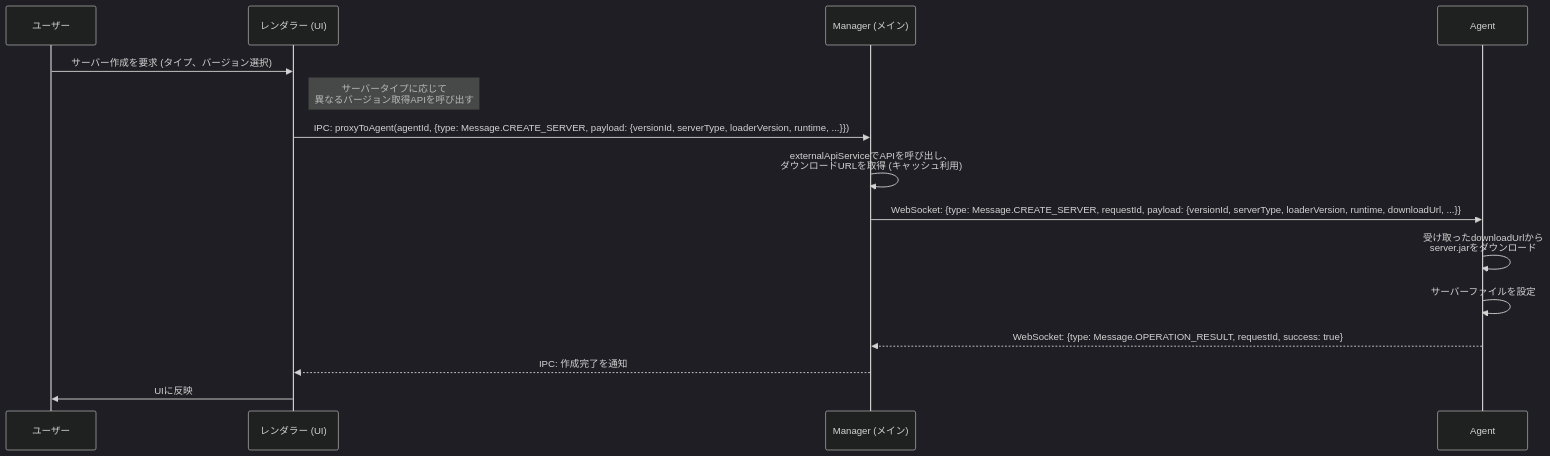
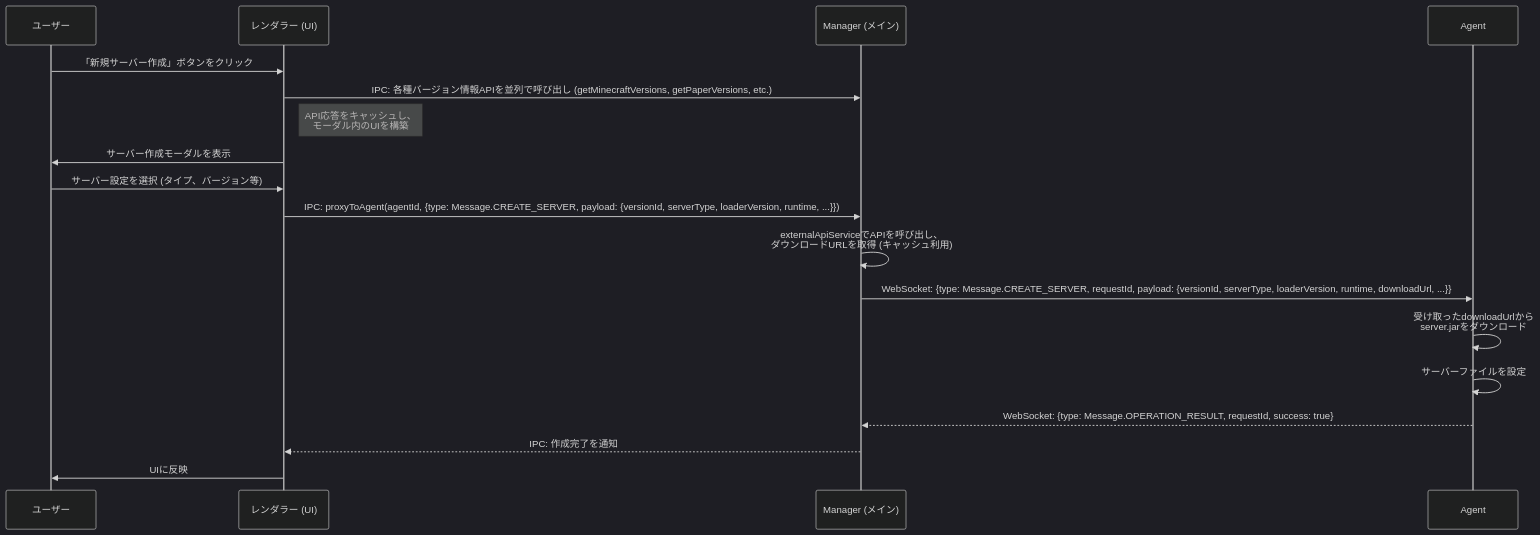
The first of 10 diagrams in markdown/docs/COMMUNICATION_FLOW.md (Nekolite-Studio/NL-ServerManager), drawn with Mermaid (dark theme) before and after one commit. The commit also changed other lines of this file and 6 other files, not shown here.

````diff
--- a/markdown/docs/COMMUNICATION_FLOW.md
+++ b/markdown/docs/COMMUNICATION_FLOW.md
@@ -26,22 +26,25 @@
 ```mermaid
 sequenceDiagram
     participant User as ユーザー
     participant Manager_UI as レンダラー (UI)
     participant Manager_Main as Manager (メイン)
     participant Agent
 
-    User->>Manager_UI: サーバー作成を要求 (タイプ、バージョン選択)
-    note right of Manager_UI: サーバータイプに応じて<br>異なるバージョン取得APIを呼び出す
+    User->>Manager_UI: 「新規サーバー作成」ボタンをクリック
+    Manager_UI->>Manager_Main: IPC: 各種バージョン情報APIを並列で呼び出し (getMinecraftVersions, getPaperVersions, etc.)
+    note right of Manager_UI: API応答をキャッシュし、<br>モーダル内のUIを構築
+    Manager_UI->>User: サーバー作成モーダルを表示
+    User->>Manager_UI: サーバー設定を選択 (タイプ、バージョン等)
     Manager_UI->>Manager_Main: IPC: proxyToAgent(agentId, {type: Message.CREATE_SERVER, payload: {versionId, serverType, loaderVersion, runtime, ...}})
     
     Manager_Main->>Manager_Main: externalApiServiceでAPIを呼び出し、<br>ダウンロードURLを取得 (キャッシュ利用)
     
     Manager_Main->>Agent: WebSocket: {type: Message.CREATE_SERVER, requestId, payload: {versionId, serverType, loaderVersion, runtime, downloadUrl, ...}}
     
     Agent->>Agent: 受け取ったdownloadUrlから<br>server.jarをダウンロード
     Agent->>Agent: サーバーファイルを設定
     
     Agent-->>Manager_Main: WebSocket: {type: Message.OPERATION_RESULT, requestId, success: true}
     Manager_Main-->>Manager_UI: IPC: 作成完了を通知
     Manager_UI->>User: UIに反映
 ```
````
